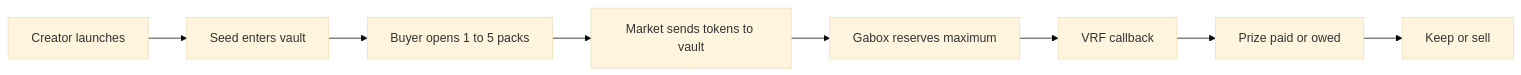
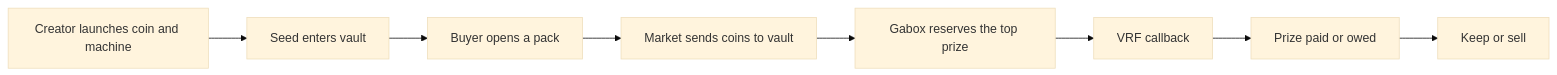
One commit to gabox-labs/docs changed the diagram in how-it-works.mdx. Above: the diagram before and after it, drawn with Mermaid (base theme). The commit also changed other lines of this file and 24 other files, not shown here.

First line of the commit message:
Rewrite the docs for fixed USDC packs and add the Mega Pack

````diff
--- a/how-it-works.mdx
+++ b/how-it-works.mdx
@@ -9,10 +9,10 @@
 ```mermaid
 flowchart LR
- A[Creator launches] --> B[Seed enters vault]
- B --> C[Buyer opens 1 to 5 packs]
- C --> D[Market sends tokens to vault]
- D --> E[Gabox reserves maximum]
+ A[Creator launches coin and machine] --> B[Seed enters vault]
+ B --> C[Buyer opens a pack]
+ C --> D[Market sends coins to vault]
+ D --> E[Gabox reserves the top prize]
  E --> F[VRF callback]
  F --> G[Prize paid or owed]
  G --> H[Keep or sell]
 ```
````
